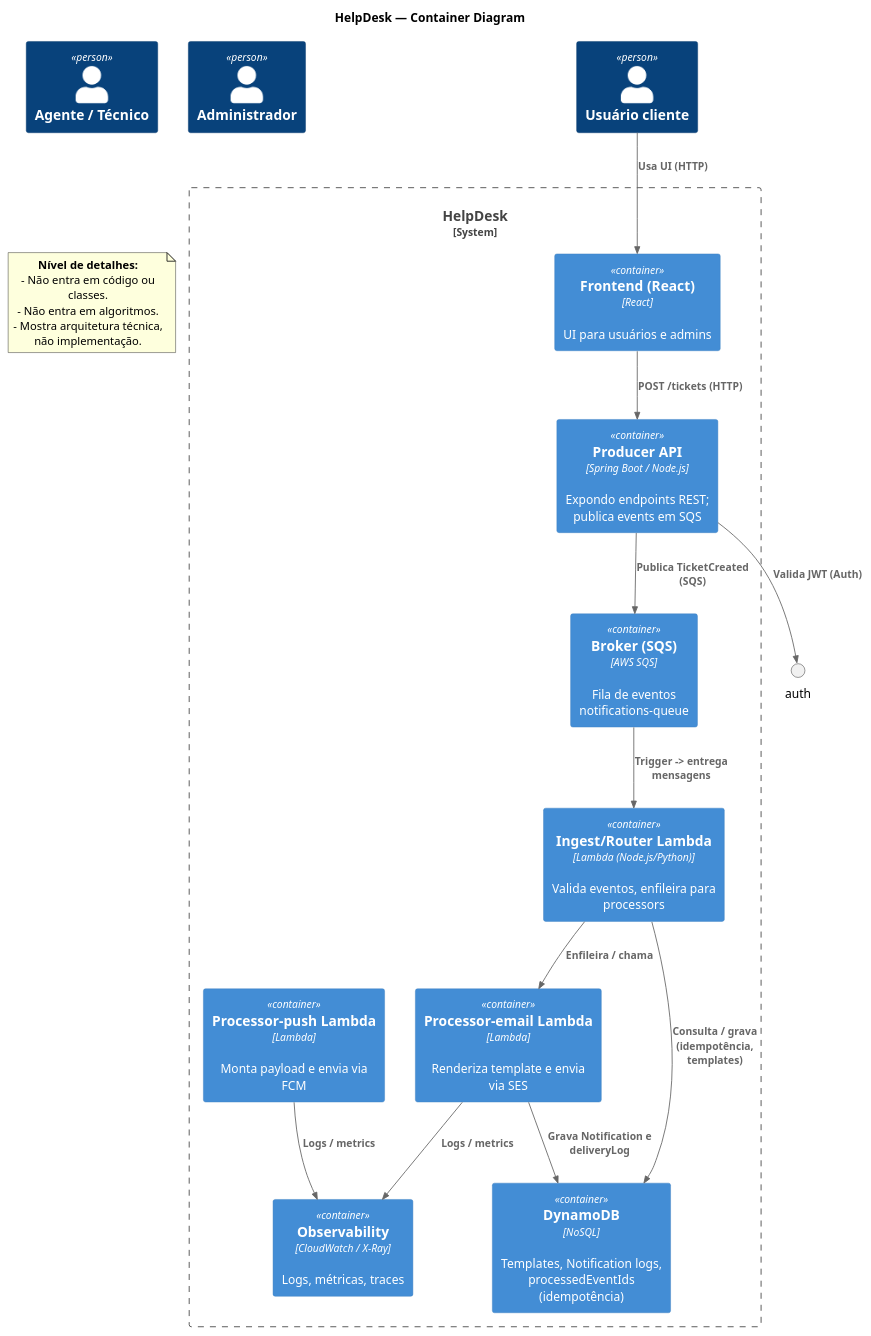
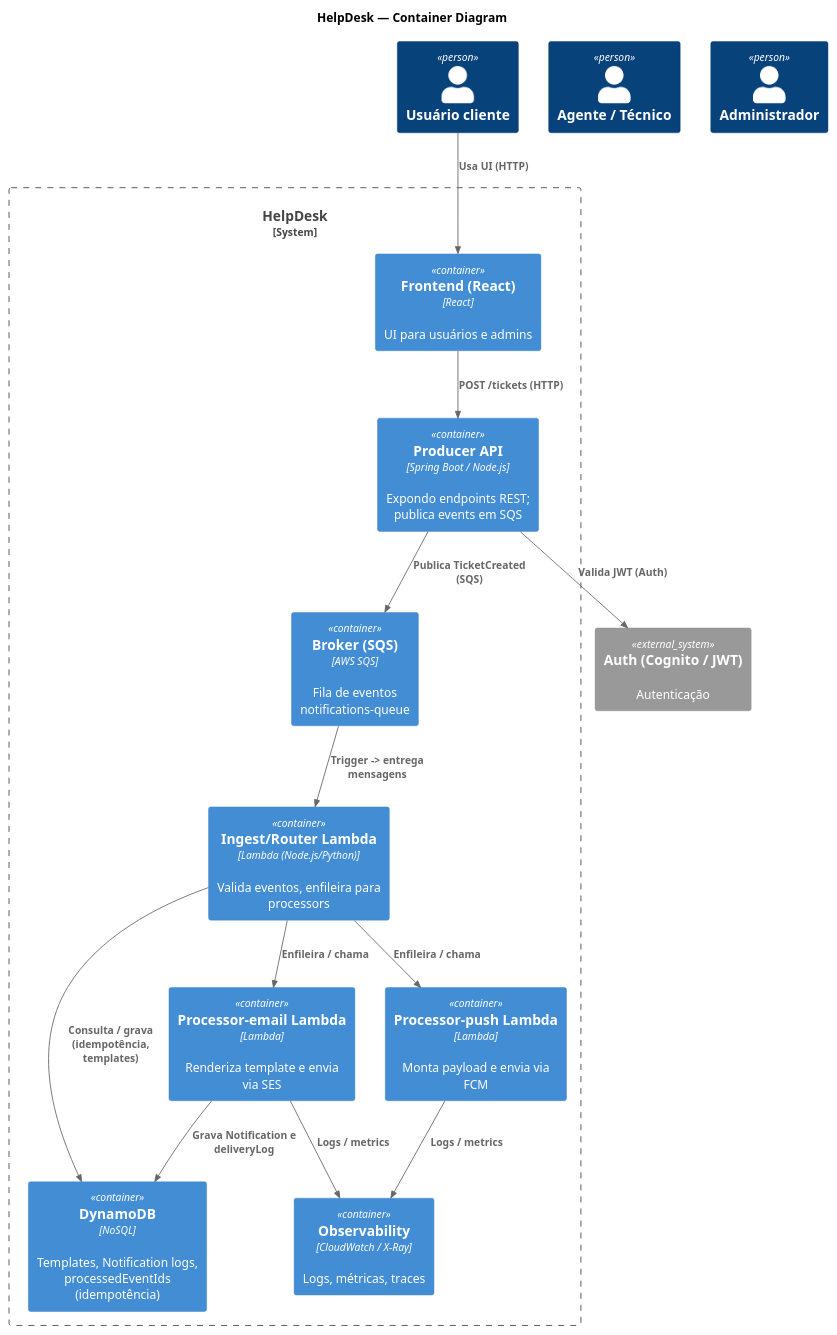
The diagram in documentacao/C4/container.puml (MiqueiasBento/Sistema-de-Notificacao-e-Mensageria), drawn with PlantUML before and after one commit. The commit also changed 1 other file, not shown here.

```diff
--- a/documentacao/C4/container.puml
+++ b/documentacao/C4/container.puml
@@ -1,39 +1,34 @@
 @startuml HelpDesk_Containers
 !include https://raw.githubusercontent.com/plantuml-stdlib/C4-PlantUML/master/C4_Container.puml
 
 Title HelpDesk — Container Diagram
 
 Person(user, "Usuário cliente")
 Person(agent, "Agente / Técnico")
 Person(admin, "Administrador")
 
 System_Boundary(system, "HelpDesk") {
   Container(frontend, "Frontend (React)", "React", "UI para usuários e admins")
   Container(producer, "Producer API", "Spring Boot / Node.js", "Expondo endpoints REST; publica events em SQS")
   Container(sqs, "Broker (SQS)", "AWS SQS", "Fila de eventos notifications-queue")
   Container(lambdaRouter, "Ingest/Router Lambda", "Lambda (Node.js/Python)", "Valida eventos, enfileira para processors")
   Container(processorEmail, "Processor-email Lambda", "Lambda", "Renderiza template e envia via SES")
   Container(processorPush, "Processor-push Lambda", "Lambda", "Monta payload e envia via FCM")
   Container(db, "DynamoDB", "NoSQL", "Templates, Notification logs, processedEventIds (idempotência)")
   Container(obs, "Observability", "CloudWatch / X-Ray", "Logs, métricas, traces")
 }
+System_Ext(auth, "Auth (Cognito / JWT)", "Autenticação")
 
 Rel(user, frontend, "Usa UI (HTTP)")
 Rel(frontend, producer, "POST /tickets (HTTP)")
 Rel(producer, sqs, "Publica TicketCreated (SQS)")
 Rel(sqs, lambdaRouter, "Trigger -> entrega mensagens")
 Rel(lambdaRouter, db, "Consulta / grava (idempotência, templates)")
 Rel(lambdaRouter, processorEmail, "Enfileira / chama")
+Rel(lambdaRouter, processorPush, "Enfileira / chama")
 Rel(processorEmail, db, "Grava Notification e deliveryLog")
 Rel(processorEmail, obs, "Logs / metrics")
 Rel(processorPush, obs, "Logs / metrics")
 Rel(producer, auth, "Valida JWT (Auth)")
 
-Note as N1
-**Nível de detalhes:**
-- Não entra em código ou classes.
-- Não entra em algoritmos.
-- Mostra arquitetura técnica, não implementação.
-end note
-
 @enduml
```
